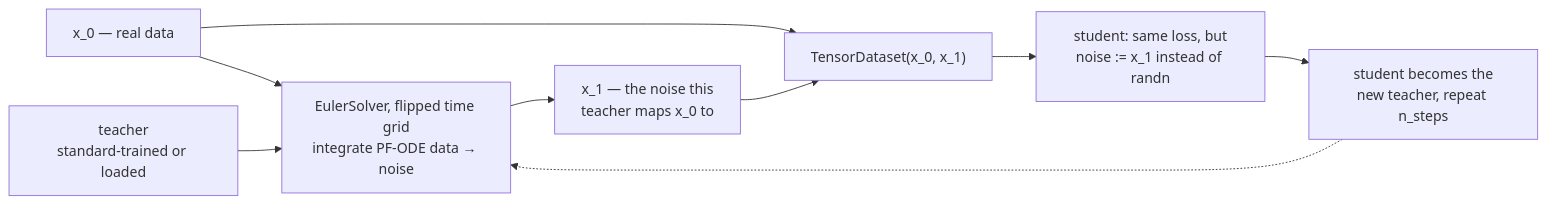
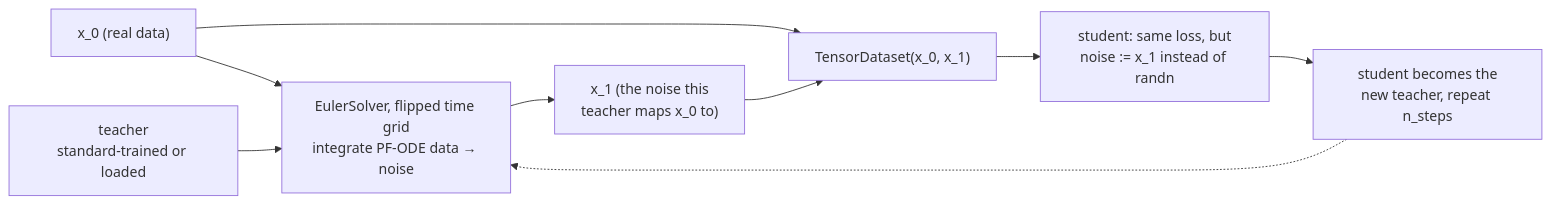
One commit to nkrygernelson/nkrygernelson.github.io changed the fourth of 4 diagrams in POD.md. Above: the diagram before and after it, drawn with Mermaid. The commit also changed other lines of this file and 11 other files, not shown here.

```diff
--- a/POD.md
+++ b/POD.md
@@ -207,11 +207,11 @@
 <pre class="mermaid">
 flowchart LR
-  DATA["x_0 — real data"] --> REV
+  DATA["x_0 (real data)"] --> REV
   TCH["teacher<br/>standard-trained or loaded"] --> REV["EulerSolver, flipped time grid<br/>integrate PF-ODE data → noise"]
-  REV --> X1["x_1 — the noise this<br/>teacher maps x_0 to"]
+  REV --> X1["x_1 (the noise this<br/>teacher maps x_0 to)"]
   DATA --> PAIR
   X1 --> PAIR["TensorDataset(x_0, x_1)"]
   PAIR --> STU["student: same loss, but<br/>noise := x_1 instead of randn"]
   STU --> PROMOTE["student becomes the<br/>new teacher, repeat n_steps"]
   PROMOTE -.-> REV
 </pre>
```
